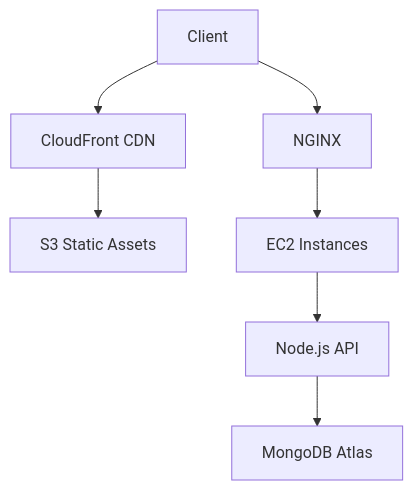
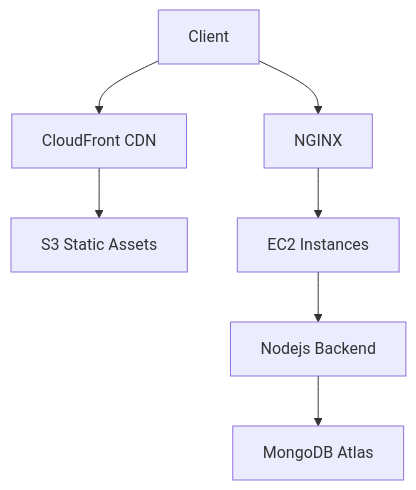
One commit to jatinkharbanda33/NetThreads changed the diagram in README.md. Above: the diagram before and after it, drawn with Mermaid.

Commit message:
Update Node.js API reference to Nodejs Backend

````diff
--- a/README.md
+++ b/README.md
@@ -70,9 +70,9 @@
 ```mermaid
 graph TD
     A[Client] --> B[CloudFront CDN]
     A --> C[NGINX]
     B --> D[S3 Static Assets]
     C --> E[EC2 Instances]
-    E --> F[Node.js API]
+    E --> F[Nodejs Backend]
     F --> G[MongoDB Atlas]
 ```
````
